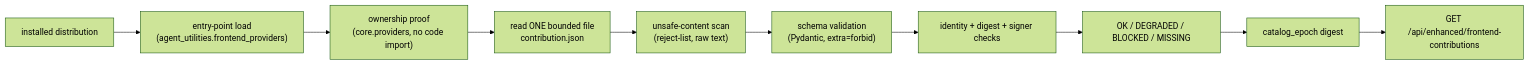
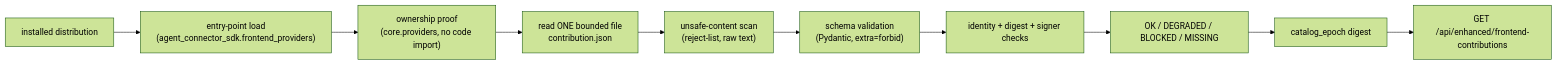
One commit to Knuckles-Team/agent-utilities changed the diagram in docs/architecture/frontend-contributions.md. Above: the diagram before and after it, drawn with Mermaid (forest theme). The commit also changed other lines of this file and 30 other files, not shown here.

````diff
--- a/docs/architecture/frontend-contributions.md
+++ b/docs/architecture/frontend-contributions.md
@@ -30,12 +30,12 @@
 ```mermaid
 flowchart LR
-    A[installed distribution] --> B["entry-point load\n(agent_utilities.frontend_providers)"]
+    A[installed distribution] --> B["entry-point load\n(agent_connector_sdk.frontend_providers)"]
     B --> C["ownership proof\n(core.providers, no code import)"]
     C --> D["read ONE bounded file\ncontribution.json"]
     D --> E["unsafe-content scan\n(reject-list, raw text)"]
     E --> F["schema validation\n(Pydantic, extra=forbid)"]
     F --> G["identity + digest + signer checks"]
     G --> H["OK / DEGRADED / BLOCKED / MISSING"]
     H --> I["catalog_epoch digest"]
     I --> J["GET /api/enhanced/frontend-contributions"]
 ```
````
